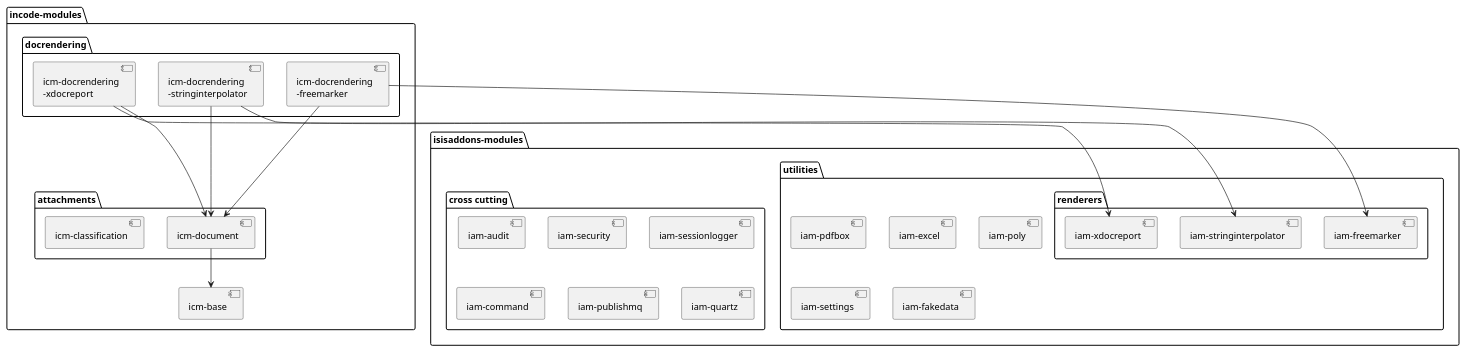
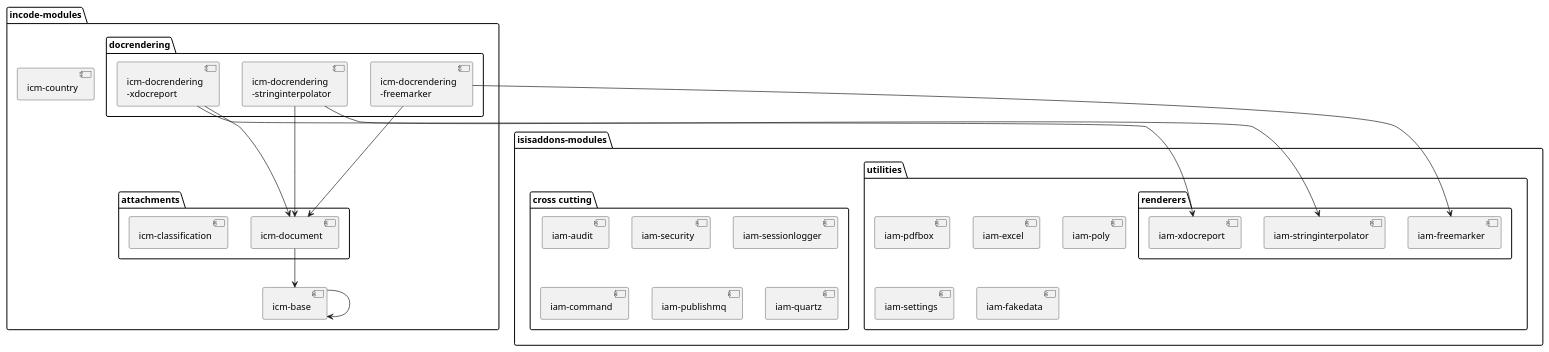
Before and after one commit to incodehq/developers-guide: the third of 3 diagrams in README.adoc, drawn with PlantUML. The commit also changed other lines of this file and 5 other files, not shown here.

```diff
--- a/README.adoc
+++ b/README.adoc
@@ -169,50 +177,52 @@
 [plantuml, {_imagesdir}/incode-and-isisaddons, png]
 ....
 package "incode-modules" {
 
     [icm-base]
+    [icm-country]
 
     package "attachments" {
         [icm-document] --> [icm-base]
+        [icm-base] --> [icm-base]
         [icm-classification]
     }
 
     package "docrendering" {
         [icm-docrendering\n-freemarker] --> [icm-document]
         [icm-docrendering\n-stringinterpolator] --> [icm-document]
         [icm-docrendering\n-xdocreport] --> [icm-document]
     }
 
 }
 
 
 package "isisaddons-modules" {
 
     package "utilities" {
         [iam-pdfbox]
         [iam-excel]
         [iam-poly]
         [iam-settings]
         [iam-fakedata]
         package "renderers" {
             [iam-freemarker]
             [iam-stringinterpolator]
             [iam-xdocreport]
         }
     }
 
     package "cross cutting" {
         [iam-audit]
         [iam-security]
         [iam-sessionlogger]
         [iam-command]
         [iam-publishmq]
         [iam-quartz]
     }
 
 }
 
 [icm-docrendering\n-freemarker] --> [iam-freemarker]
 [icm-docrendering\n-stringinterpolator] --> [iam-stringinterpolator]
 [icm-docrendering\n-xdocreport] --> [iam-xdocreport]
 ....
```
